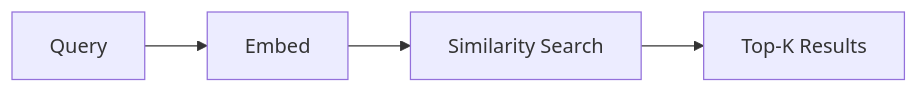
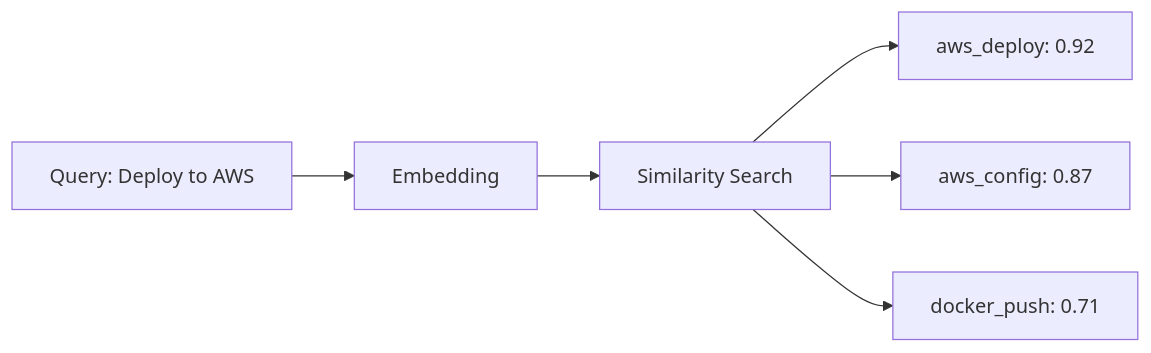
Before and after one commit to Casys-AI/casys-pml: the first of 4 diagrams in src/web/posts/2025-12-18-graphrag-vs-vectorrag.md, drawn with Mermaid. The commit also changed other lines of this file, not shown here.

Commit message:
blog: complete GraphRAG + VectorRAG hybrid article

````diff
--- a/src/web/posts/2025-12-18-graphrag-vs-vectorrag.md
+++ b/src/web/posts/2025-12-18-graphrag-vs-vectorrag.md
@@ -28,6 +38,8 @@
 ```mermaid
 graph LR
-    Q[Query] --> E[Embed]
+    Q[Query: Deploy to AWS] --> E[Embedding]
     E --> S[Similarity Search]
-    S --> R[Top-K Results]
+    S --> R1[aws_deploy: 0.92]
+    S --> R2[aws_config: 0.87]
+    S --> R3[docker_push: 0.71]
 ```
````
